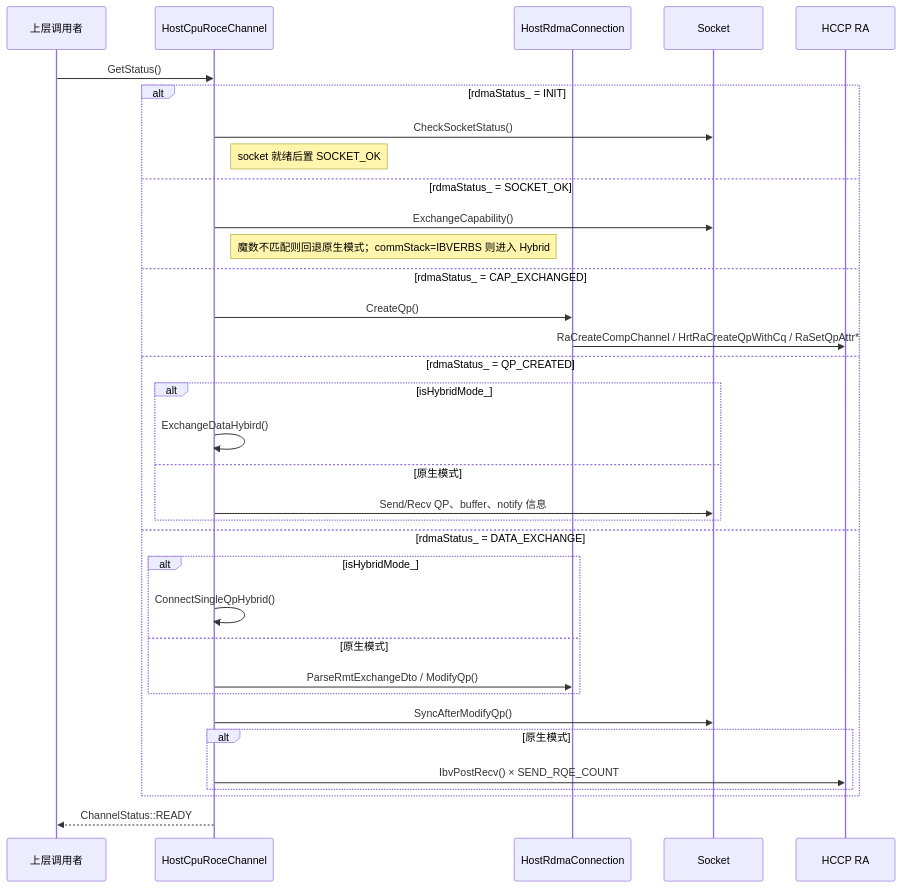
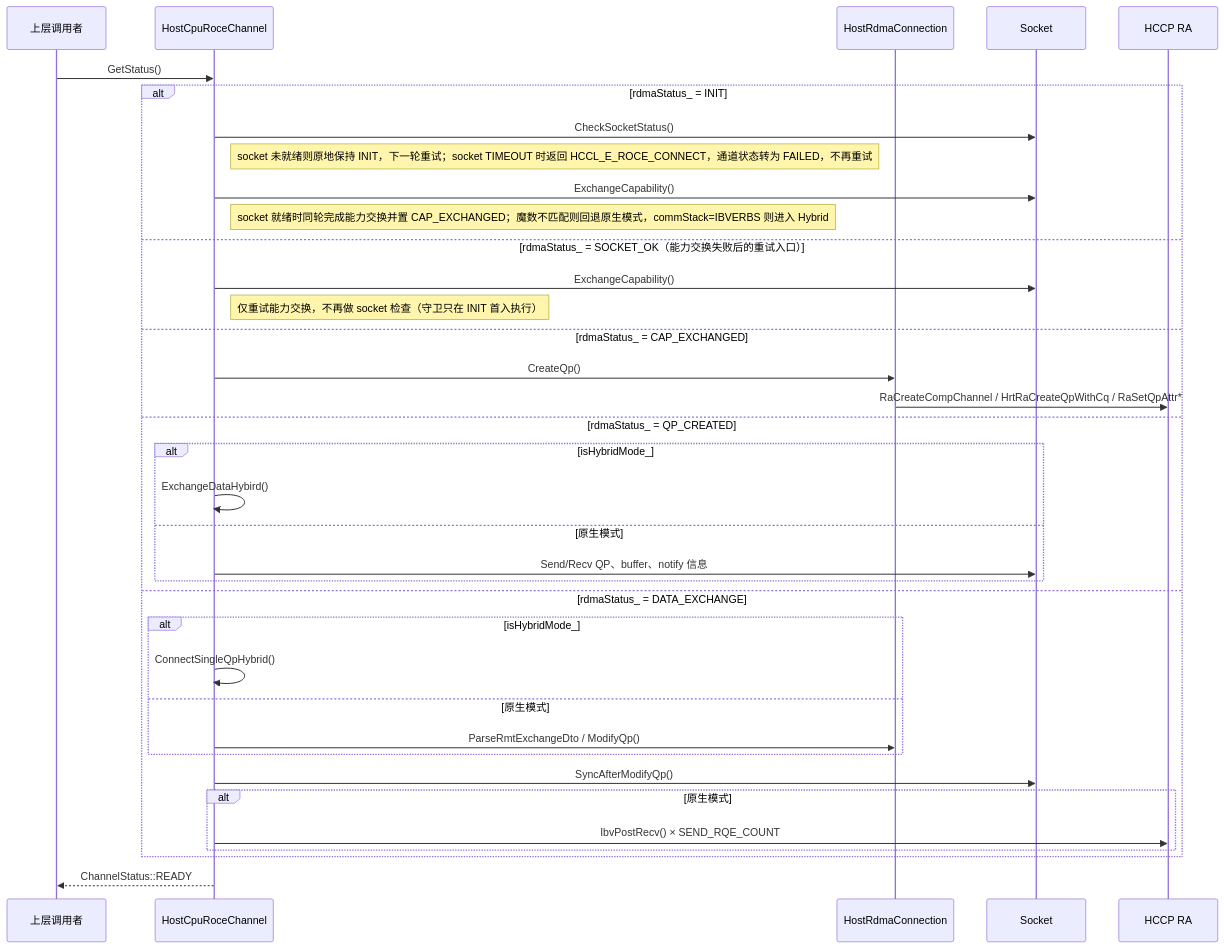
The third of 11 diagrams in src/base_comm/resources/endpoint_pairs/channels/host/host.md (Atlas-Ascend-Fork/hcomm), drawn with Mermaid before and after one commit. The commit also changed other lines of this file and 11 other files, not shown here.

````diff
--- a/src/base_comm/resources/endpoint_pairs/channels/host/host.md
+++ b/src/base_comm/resources/endpoint_pairs/channels/host/host.md
@@ -153,37 +153,39 @@
 ```mermaid
 sequenceDiagram
     participant UP as 上层调用者
     participant HR as HostCpuRoceChannel
     participant HC as HostRdmaConnection
     participant SK as Socket
     participant RA as HCCP RA
 
     UP->>HR: GetStatus()
     alt rdmaStatus_ = INIT
         HR->>SK: CheckSocketStatus()
-        Note right of HR: socket 就绪后置 SOCKET_OK
-    else rdmaStatus_ = SOCKET_OK
+        Note right of HR: socket 未就绪则原地保持 INIT，下一轮重试；socket TIMEOUT 时返回 HCCL_E_ROCE_CONNECT，通道状态转为 FAILED，不再重试
         HR->>SK: ExchangeCapability()
-        Note right of HR: 魔数不匹配则回退原生模式；commStack=IBVERBS 则进入 Hybrid
+        Note right of HR: socket 就绪时同轮完成能力交换并置 CAP_EXCHANGED；魔数不匹配则回退原生模式，commStack=IBVERBS 则进入 Hybrid
+    else rdmaStatus_ = SOCKET_OK（能力交换失败后的重试入口）
+        HR->>SK: ExchangeCapability()
+        Note right of HR: 仅重试能力交换，不再做 socket 检查（守卫只在 INIT 首入执行）
     else rdmaStatus_ = CAP_EXCHANGED
         HR->>HC: CreateQp()
         HC->>RA: RaCreateCompChannel / HrtRaCreateQpWithCq / RaSetQpAttr*
     else rdmaStatus_ = QP_CREATED
         alt isHybridMode_
             HR->>HR: ExchangeDataHybird()
         else 原生模式
             HR->>SK: Send/Recv QP、buffer、notify 信息
         end
     else rdmaStatus_ = DATA_EXCHANGE
         alt isHybridMode_
             HR->>HR: ConnectSingleQpHybrid()
         else 原生模式
             HR->>HC: ParseRmtExchangeDto / ModifyQp()
         end
         HR->>SK: SyncAfterModifyQp()
         alt 原生模式
             HR->>RA: IbvPostRecv() × SEND_RQE_COUNT
         end
     end
     HR-->>UP: ChannelStatus::READY
 ```
````
